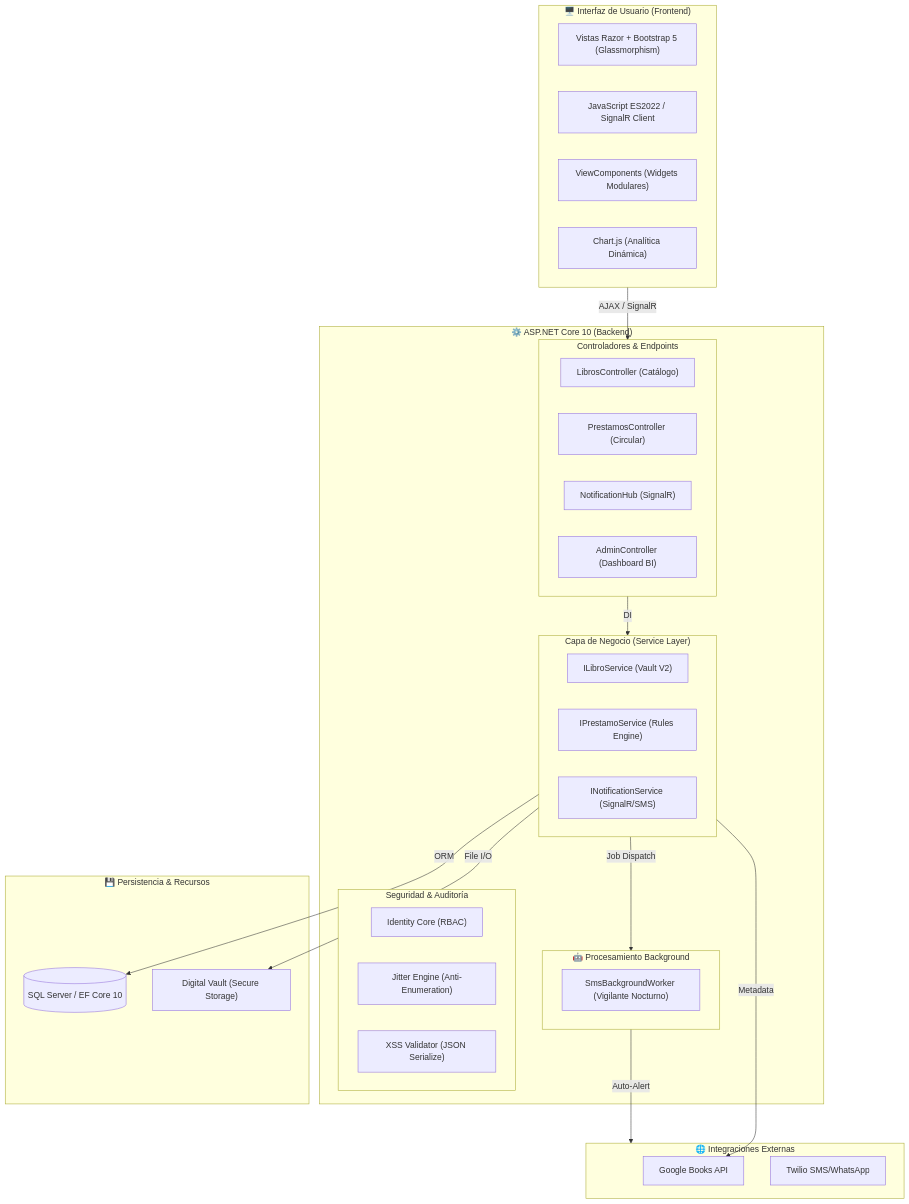
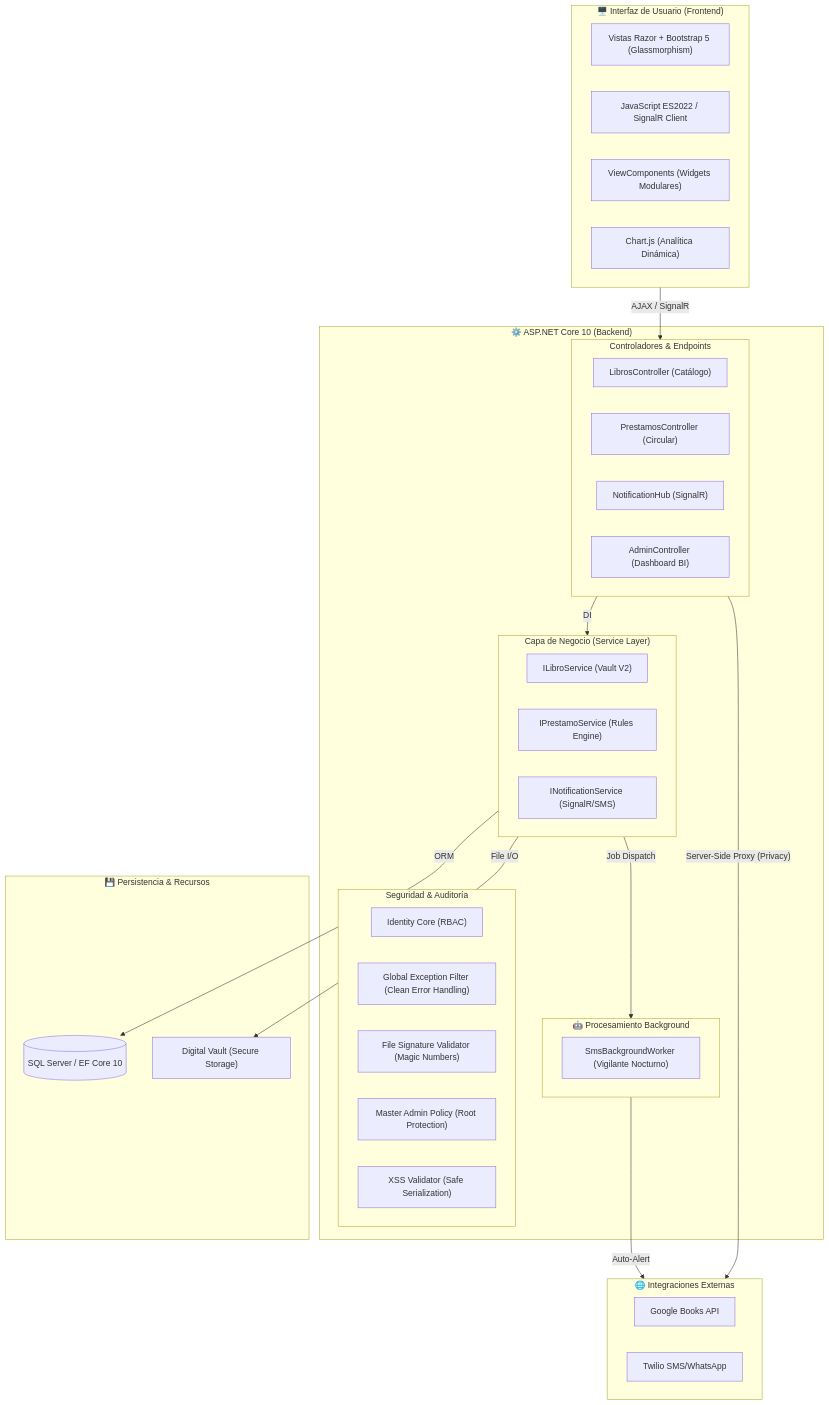
The diagram in README.md (dagomezpulid/BibliotecaMVC), drawn with Mermaid before and after one commit. The commit also changed other lines of this file, not shown here.

````diff
--- a/README.md
+++ b/README.md
@@ -16,53 +16,55 @@
 ```mermaid
 graph TB
     subgraph Client ["🖥️ Interfaz de Usuario (Frontend)"]
         UI["Vistas Razor + Bootstrap 5 (Glassmorphism)"]
         JS["JavaScript ES2022 / SignalR Client"]
         VC["ViewComponents (Widgets Modulares)"]
         CH["Chart.js (Analítica Dinámica)"]
     end
 
     subgraph App ["⚙️ ASP.NET Core 10 (Backend)"]
         subgraph Controllers ["Controladores & Endpoints"]
             LC["LibrosController (Catálogo)"]
             PC["PrestamosController (Circular)"]
             NH["NotificationHub (SignalR)"]
             AC["AdminController (Dashboard BI)"]
         end
 
         subgraph Services ["Capa de Negocio (Service Layer)"]
             LS["ILibroService (Vault V2)"]
             PS["IPrestamoService (Rules Engine)"]
             NS["INotificationService (SignalR/SMS)"]
         end
 
         subgraph Workers ["🤖 Procesamiento Background"]
             SW["SmsBackgroundWorker (Vigilante Nocturno)"]
         end
 
         subgraph Security ["Seguridad & Auditoría"]
             IC["Identity Core (RBAC)"]
-            JT["Jitter Engine (Anti-Enumeration)"]
-            XV["XSS Validator (JSON Serialize)"]
+            GEF["Global Exception Filter (Clean Error Handling)"]
+            FVA["File Signature Validator (Magic Numbers)"]
+            MAP["Master Admin Policy (Root Protection)"]
+            XV["XSS Validator (Safe Serialization)"]
         end
     end
 
     subgraph Storage ["💾 Persistencia & Recursos"]
         DB[("SQL Server / EF Core 10")]
         Vault["Digital Vault (Secure Storage)"]
     end
 
     subgraph External ["🌐 Integraciones Externas"]
         GBA["Google Books API"]
         TWI["Twilio SMS/WhatsApp"]
     end
 
     %% Conexiones
     Client -- "AJAX / SignalR" --> Controllers
     Controllers -- "DI" --> Services
     Services -- "Job Dispatch" --> Workers
     Workers -- "Auto-Alert" --> External
     Services -- "ORM" --> DB
-    Services -- "Metadata" --> GBA
+    Controllers -- "Server-Side Proxy (Privacy)" --> External
     Services -- "File I/O" --> Vault
 ```
````
